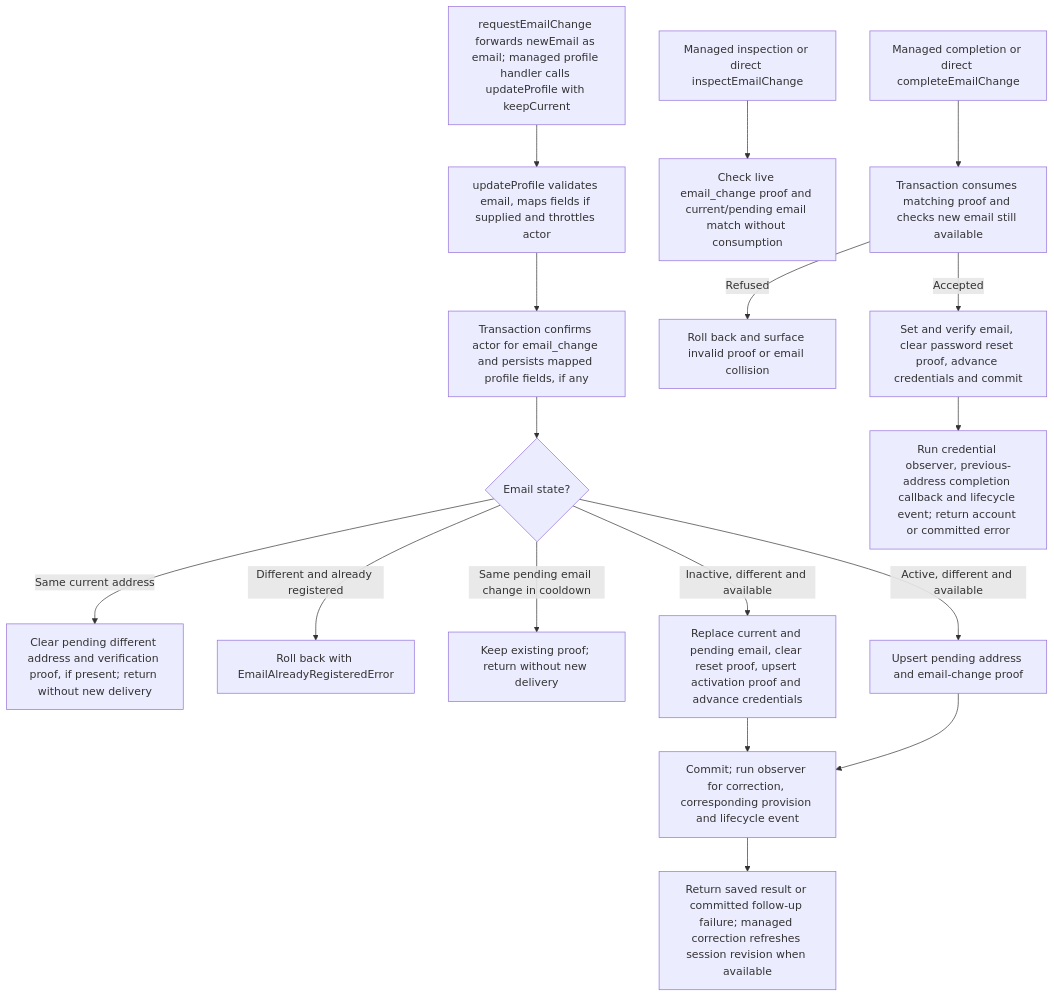
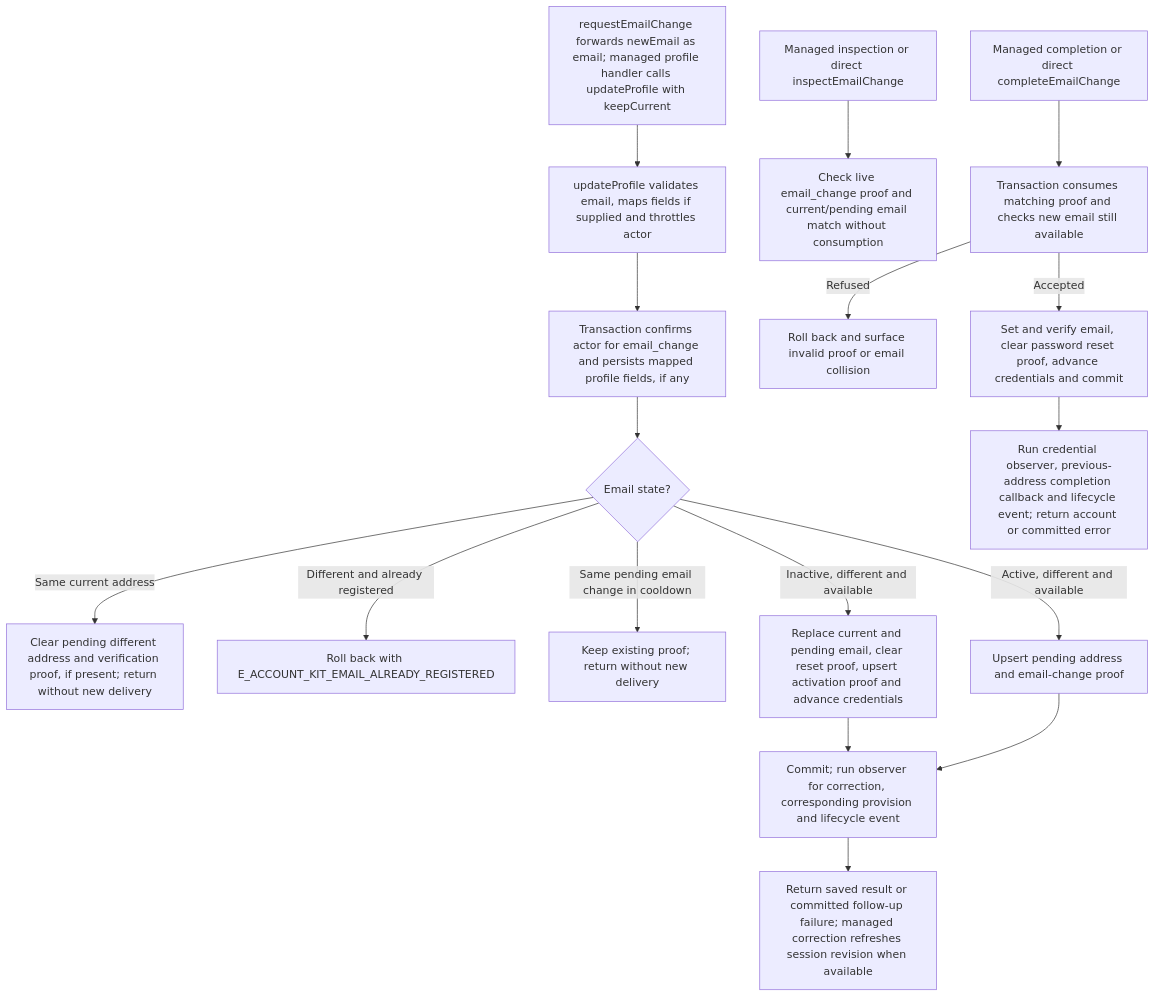
The second of 2 diagrams in user-stories/US-ACCOUNT-06-change-email.md (Kevinjohn/oss-adonisjs-account-kit), drawn with Mermaid before and after one commit. The commit also changed 362 other files, not shown here.

````diff
--- a/user-stories/US-ACCOUNT-06-change-email.md
+++ b/user-stories/US-ACCOUNT-06-change-email.md
@@ -43,19 +43,19 @@
 ```mermaid
 flowchart TD
   A["requestEmailChange forwards newEmail as email; managed profile handler calls updateProfile with keepCurrent"] --> B["updateProfile validates email, maps fields if supplied and throttles actor"]
   B --> C["Transaction confirms actor for email_change and persists mapped profile fields, if any"]
   C --> I{"Email state?"}
   I -->|Same current address| J["Clear pending different address and verification proof, if present; return without new delivery"]
-  I -->|Different and already registered| X["Roll back with EmailAlreadyRegisteredError"]
+  I -->|Different and already registered| X["Roll back with E_ACCOUNT_KIT_EMAIL_ALREADY_REGISTERED"]
   I -->|Same pending email change in cooldown| K["Keep existing proof; return without new delivery"]
   I -->|Inactive, different and available| L["Replace current and pending email, clear reset proof, upsert activation proof and advance credentials"]
   I -->|Active, different and available| M["Upsert pending address and email-change proof"]
   L --> D["Commit; run observer for correction, corresponding provision and lifecycle event"]
   M --> D
   D --> Z["Return saved result or committed follow-up failure; managed correction refreshes session revision when available"]
   Q["Managed inspection or direct inspectEmailChange"] --> T["Check live email_change proof and current/pending email match without consumption"]
   E["Managed completion or direct completeEmailChange"] --> F["Transaction consumes matching proof and checks new email still available"]
   F -->|Refused| X2["Roll back and surface invalid proof or email collision"]
   F -->|Accepted| G["Set and verify email, clear password reset proof, advance credentials and commit"]
   G --> O["Run credential observer, previous-address completion callback and lifecycle event; return account or committed error"]
 ```
````
